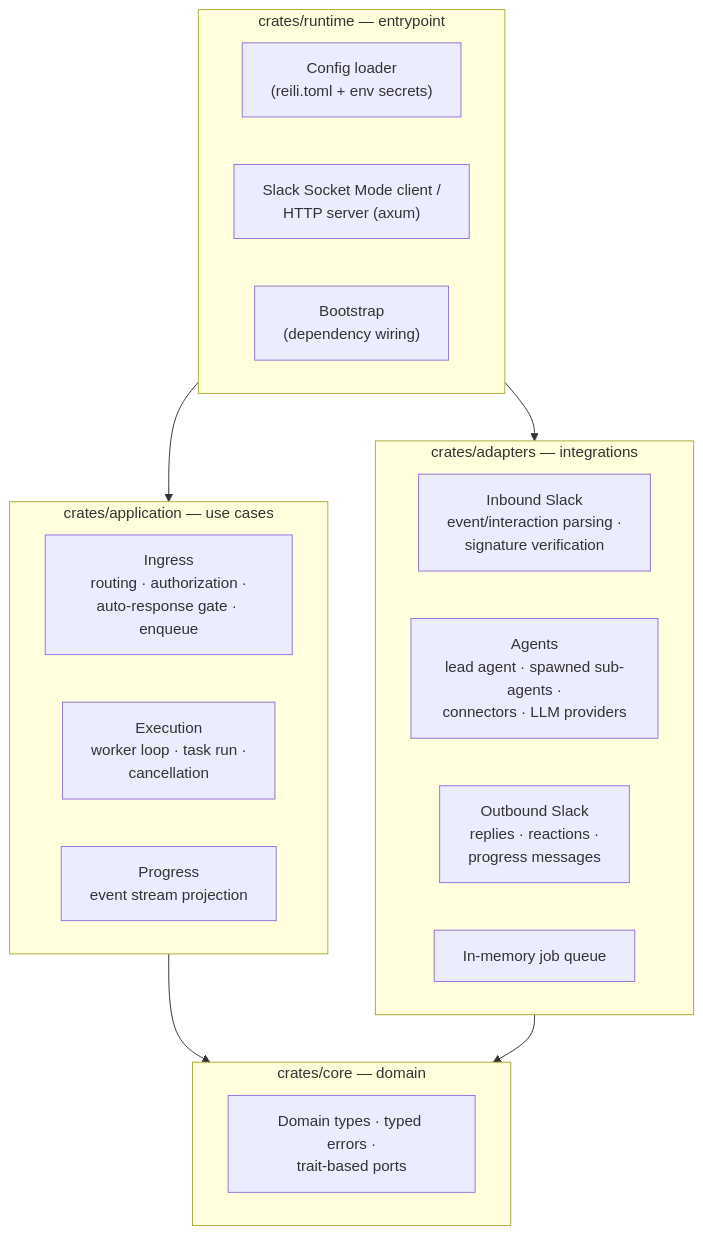
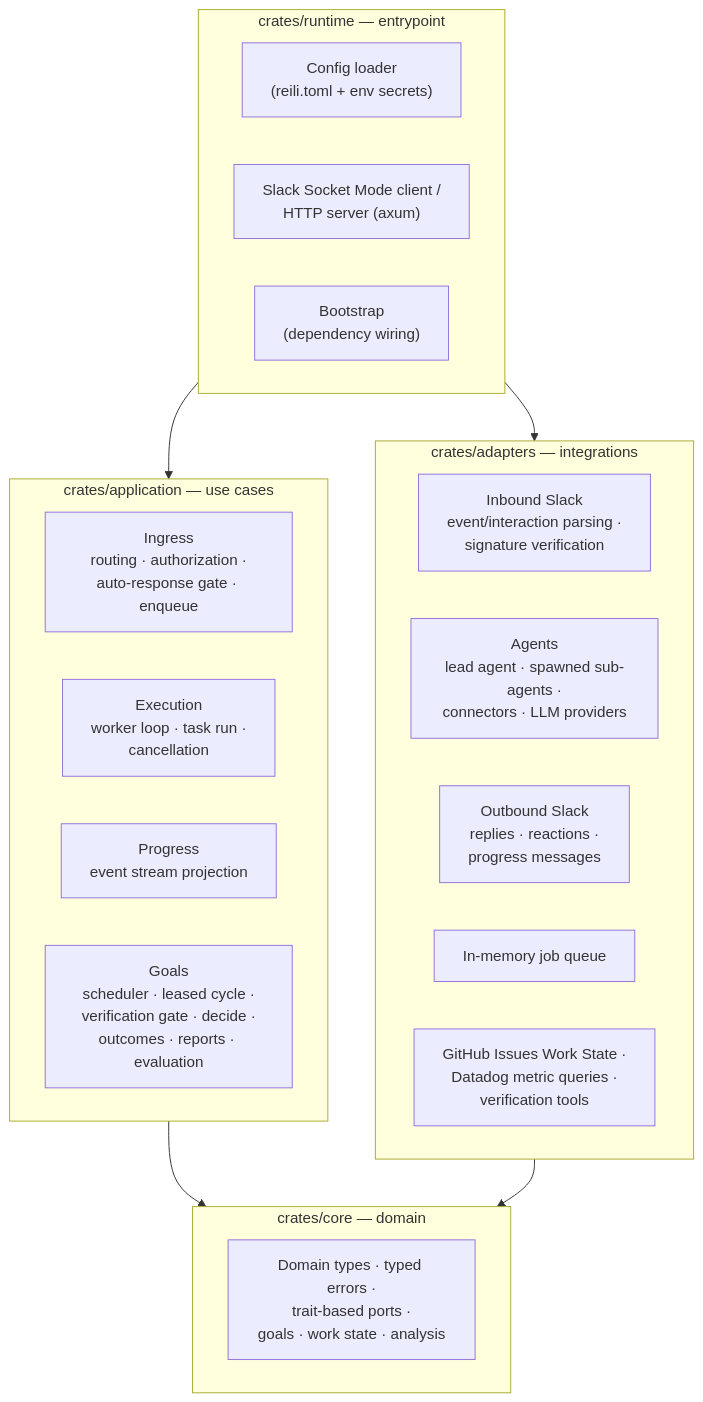
Before and after one commit to reilidev/reili: the diagram in docs/architecture.md, drawn with Mermaid. The commit also changed other lines of this file and 6 other files, not shown here.

First line of the commit message:
Document goal-driven autonomy and add evaluation workflow

````diff
--- a/docs/architecture.md
+++ b/docs/architecture.md
@@ -10,30 +10,32 @@
 ```mermaid
 flowchart TB
     subgraph runtime["crates/runtime — entrypoint"]
         CONFIG["Config loader<br/>(reili.toml + env secrets)"]
         SERVE["Slack Socket Mode client /<br/>HTTP server (axum)"]
         BOOT["Bootstrap<br/>(dependency wiring)"]
     end
 
     subgraph application["crates/application — use cases"]
         INGRESS["Ingress<br/>routing · authorization ·<br/>auto-response gate · enqueue"]
         EXEC["Execution<br/>worker loop · task run ·<br/>cancellation"]
         PROGRESS["Progress<br/>event stream projection"]
+        GOAL["Goals<br/>scheduler · leased cycle ·<br/>verification gate · decide ·<br/>outcomes · reports · evaluation"]
     end
 
     subgraph adapters["crates/adapters — integrations"]
         INBOUND["Inbound Slack<br/>event/interaction parsing ·<br/>signature verification"]
         AGENTS["Agents<br/>lead agent · spawned sub-agents ·<br/>connectors · LLM providers"]
         OUTBOUND["Outbound Slack<br/>replies · reactions ·<br/>progress messages"]
         QUEUE["In-memory job queue"]
+        WORK["GitHub Issues Work State ·<br/>Datadog metric queries ·<br/>verification tools"]
     end
 
     subgraph core["crates/core — domain"]
-        DOMAIN["Domain types · typed errors ·<br/>trait-based ports"]
+        DOMAIN["Domain types · typed errors ·<br/>trait-based ports ·<br/>goals · work state · analysis"]
     end
 
     runtime --> application
     runtime --> adapters
     application --> core
     adapters --> core
 ```
````
